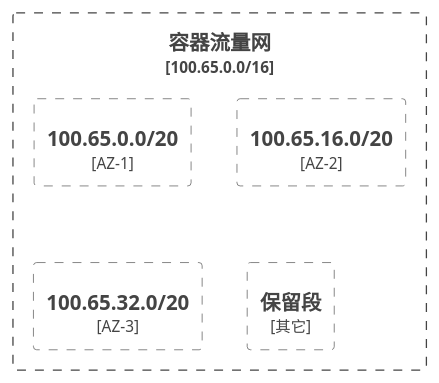
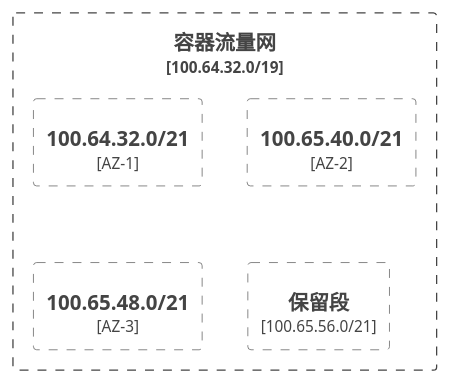
The fifth of 8 diagrams in 云与虚拟化/调度系统/k8s/实践/k8s生产集群部署/1. 网络规划/readme.md (gardenerframework/impatiens), drawn with PlantUML before and after one commit. The commit also changed other lines of this file and 2 other files, not shown here.

````diff
--- a/云与虚拟化/调度系统/k8s/实践/k8s生产集群部署/1. 网络规划/readme.md
+++ b/云与虚拟化/调度系统/k8s/实践/k8s生产集群部署/1. 网络规划/readme.md
@@ -404,11 +198,11 @@
 ```plantuml
 @startuml
 !include  https://plantuml.s3.cn-north-1.jdcloud-oss.com/C4_Container.puml
-Boundary(容器流量网, 容器流量网, 100.65.0.0/16) {
-  Boundary(容器流量网1, 100.65.0.0/20, AZ-1)
-  Boundary(容器流量网2, 100.65.16.0/20, AZ-2)
-  Boundary(容器流量网3, 100.65.32.0/20, AZ-3)
-  Boundary(容器流量网4, 保留段, 其它)
+Boundary(容器流量网, 容器流量网, 100.64.32.0/19) {
+  Boundary(容器流量网1, 100.64.32.0/21, AZ-1)
+  Boundary(容器流量网2, 100.65.40.0/21, AZ-2)
+  Boundary(容器流量网3, 100.65.48.0/21, AZ-3)
+  Boundary(容器流量网4, 保留段, 100.65.56.0/21)
 }
 @enduml
 ```
````
